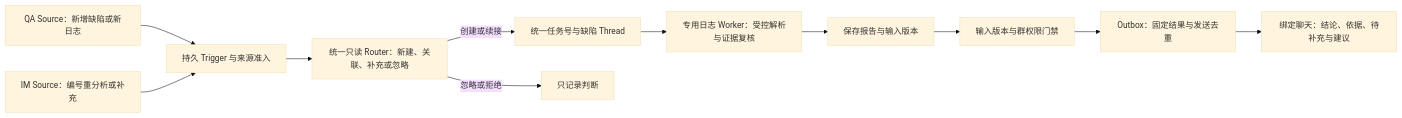
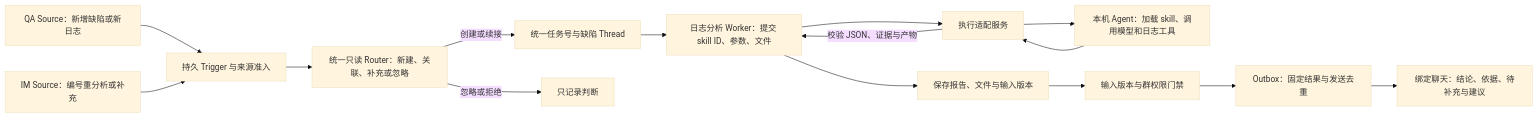
One commit to walcracia/agent_bot_im changed the first of 2 diagrams in README.md. Above: the diagram before and after it, drawn with Mermaid (base theme). The commit also changed other lines of this file and 56 other files, not shown here.

````diff
--- a/README.md
+++ b/README.md
@@ -17,13 +17,17 @@
 ```mermaid
 flowchart LR
   QA[QA Source：新增缺陷或新日志] --> Trigger[持久 Trigger 与来源准入]
   Chat[IM Source：编号重分析或补充] --> Trigger
   Trigger --> Route[统一只读 Router：新建、关联、补充或忽略]
   Route -->|创建或续接| Task[统一任务号与缺陷 Thread]
   Route -->|忽略或拒绝| Record[只记录判断]
-  Task --> Worker[专用日志 Worker：受控解析与证据复核]
-  Worker --> Save[保存报告与输入版本]
+  Task --> Worker[日志分析 Worker：提交 skill ID、参数、文件]
+  Worker --> Adapter[执行适配服务]
+  Adapter --> Agent[本机 Agent：加载 skill、调用模型和日志工具]
+  Agent --> Adapter
+  Adapter -->|校验 JSON、证据与产物| Worker
+  Worker --> Save[保存报告、文件与输入版本]
   Save --> Gate[输入版本与群权限门禁]
   Gate --> Outbox[Outbox：固定结果与发送去重]
   Outbox --> IM[绑定聊天：结论、依据、待补充与建议]
 ```
````
